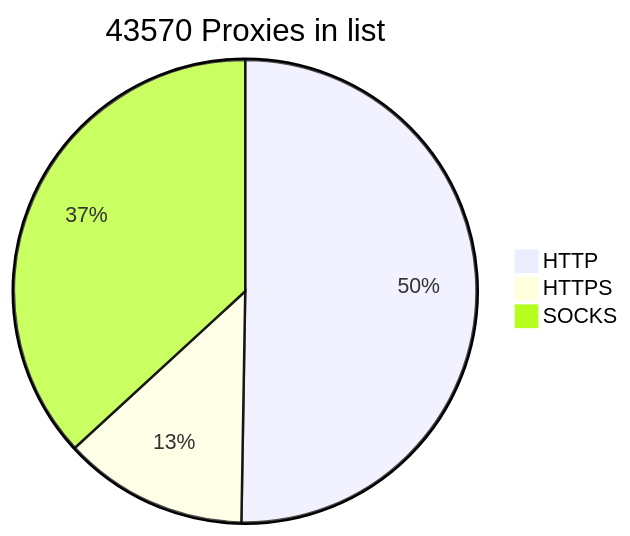
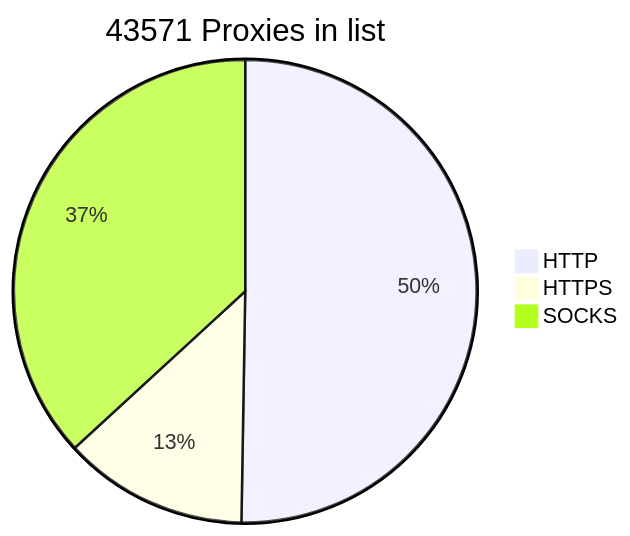
The diagram in README.md (BlackSnowDot/proxylist-update-every-minute), drawn with Mermaid before and after one commit.

````diff
--- a/README.md
+++ b/README.md
@@ -2,6 +2,6 @@
 ```mermaid
-pie title 43570 Proxies in list
-    "HTTP" : 24382
-    "HTTPS": 6259
+pie title 43571 Proxies in list
+    "HTTP" : 24383
+    "HTTPS": 6262
     "SOCKS" : 17867
 ```
````
